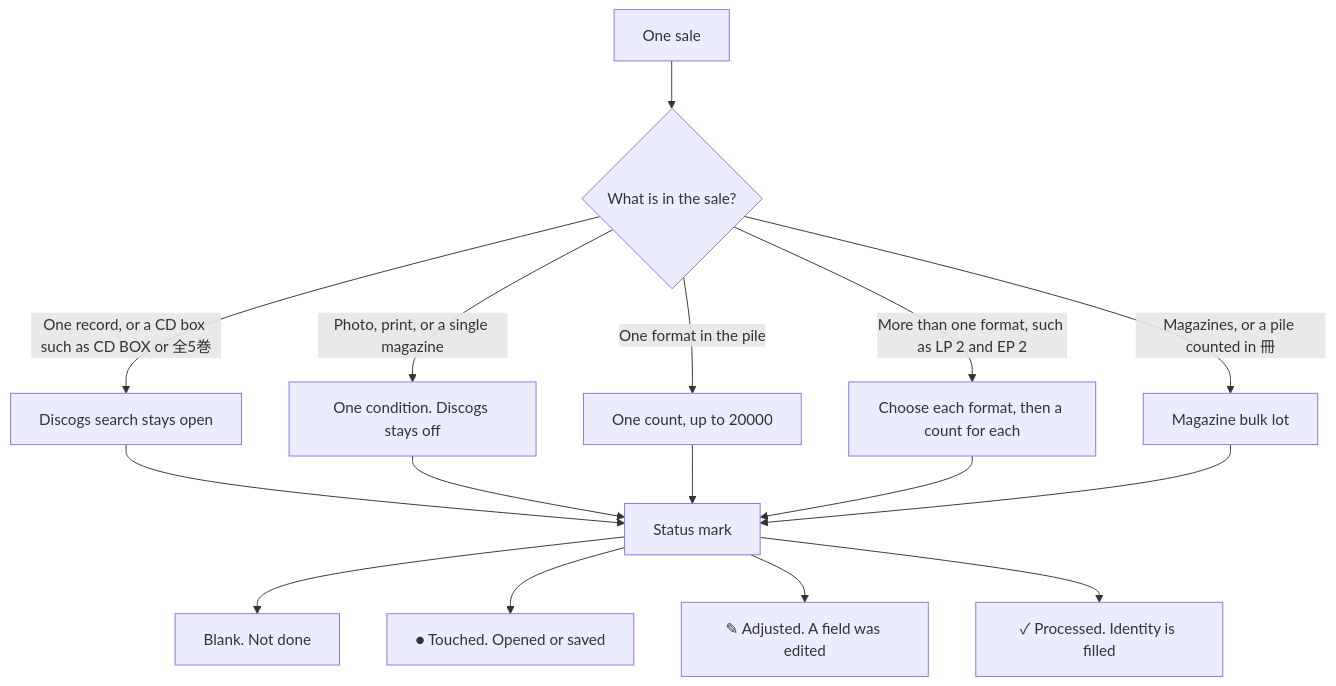
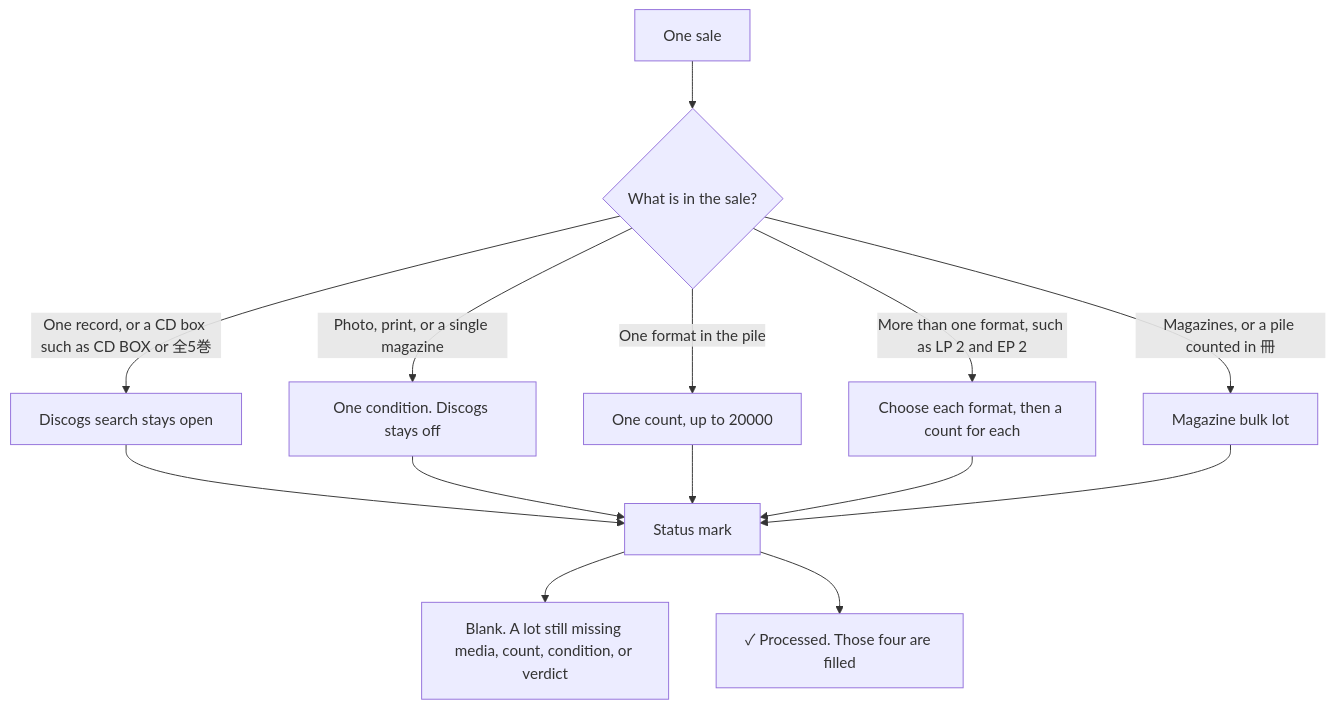
Before and after one commit to TomWang22/auction-etl: the second of 3 diagrams in README.md, drawn with Mermaid. The commit also changed other lines of this file and 9 other files, not shown here.

````diff
--- a/README.md
+++ b/README.md
@@ -288,19 +292,17 @@
 ```mermaid
 flowchart TD
     Sale["One sale"]
     Sale --> Kind{"What is in the sale?"}
     Kind -->|"One record, or a CD box such as CD BOX or 全5巻"| Search["Discogs search stays open"]
     Kind -->|"Photo, print, or a single magazine"| Paper["One condition. Discogs stays off"]
     Kind -->|"One format in the pile"| OneCount["One count, up to 20000"]
     Kind -->|"More than one format, such as LP 2 and EP 2"| Mixed["Choose each format, then a count for each"]
     Kind -->|"Magazines, or a pile counted in 冊"| Mag["Magazine bulk lot"]
     Search --> Mark["Status mark"]
     Paper --> Mark
     OneCount --> Mark
     Mixed --> Mark
     Mag --> Mark
-    Mark --> Blank["Blank. Not done"]
-    Mark --> Touched["● Touched. Opened or saved"]
-    Mark --> Edited["✎ Adjusted. A field was edited"]
-    Mark --> Done["✓ Processed. Identity is filled"]
+    Mark --> Blank["Blank. A lot still missing media, count, condition, or verdict"]
+    Mark --> Done["✓ Processed. Those four are filled"]
 ```
````
